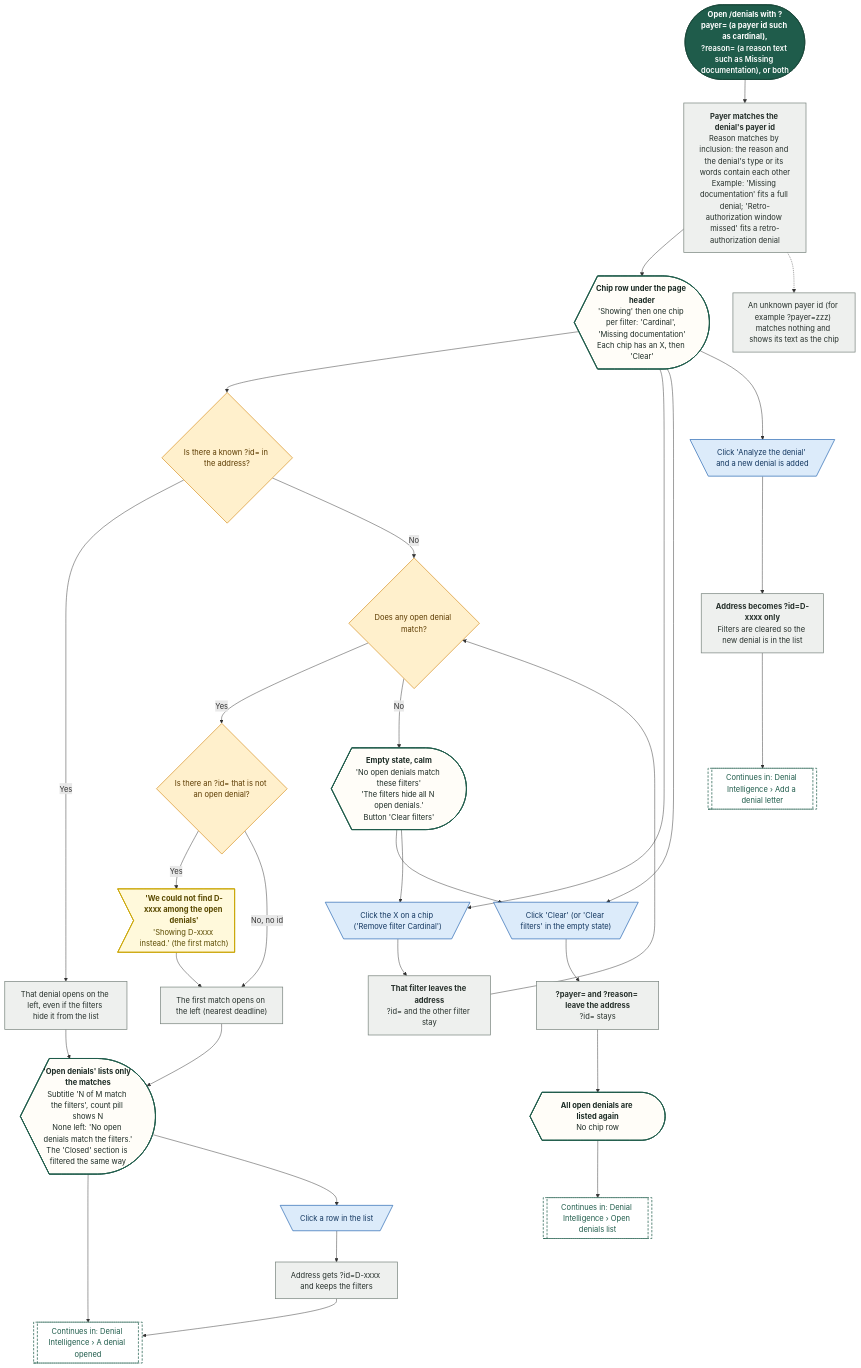
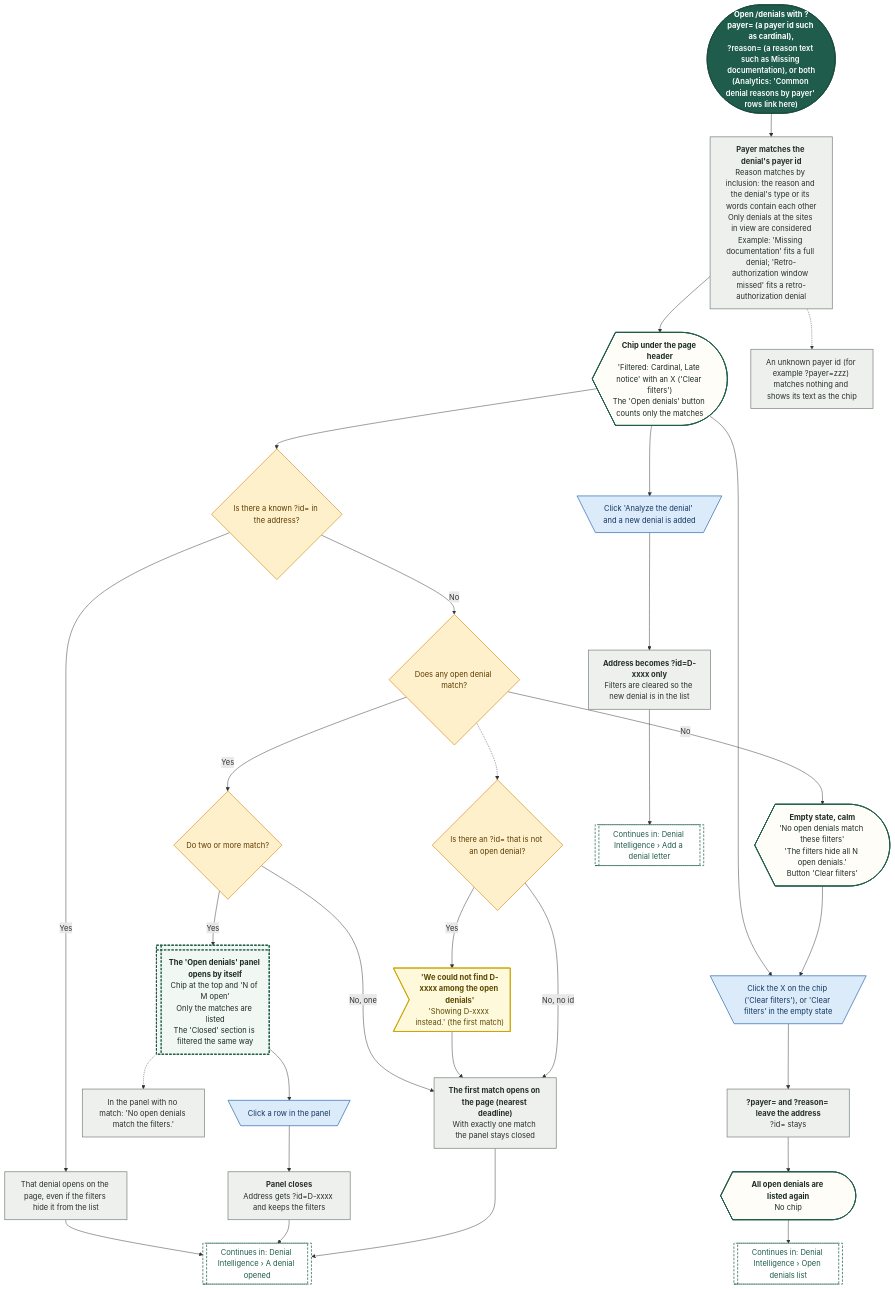
The eighth of 28 diagrams in demos/prior-auth-demo/workflows/out/md/06-denials.md (Shrav143/psyfloapp), drawn with Mermaid before and after one commit. The commit also changed other lines of this file and 251 other files, not shown here.

First line of the commit message:
docs: rebuild the workflow diagrams (291) for round 4

````diff
--- a/demos/prior-auth-demo/workflows/out/md/06-denials.md
+++ b/demos/prior-auth-demo/workflows/out/md/06-denials.md
@@ -621,67 +643,69 @@
 ```mermaid
 %%{init: {"theme":"base","themeVariables":{"fontFamily":"'DM Sans', 'Segoe UI', system-ui, sans-serif","fontSize":"15px","lineColor":"#5B6B63","primaryTextColor":"#1C2B25","clusterBkg":"#FBF8F3","clusterBorder":"#D9CDBB","edgeLabelBackground":"#FFFFFF"},"flowchart":{"curve":"basis","nodeSpacing":36,"rankSpacing":48,"padding":12,"htmlLabels":true,"useMaxWidth":false,"wrappingWidth":230}} }%%
 flowchart TD
   classDef k_start fill:#1F5C4B,stroke:#174638,color:#FFFFFF,stroke-width:1.5px,font-weight:600
   classDef k_end fill:#DDEFE3,stroke:#2E7D4F,color:#14502F,stroke-width:1.5px,font-weight:600
   classDef k_endx fill:#FBE3E0,stroke:#C0392B,color:#7A1F16,stroke-width:1.5px,font-weight:600
   classDef k_screen fill:#FFFDF8,stroke:#1F5C4B,color:#1C2B25,stroke-width:2px
   classDef k_overlay fill:#F1F7F3,stroke:#1F5C4B,color:#1C2B25,stroke-width:2px,stroke-dasharray:5 3
   classDef k_click fill:#DCEBFA,stroke:#2F6DB5,color:#12365F,stroke-width:1.5px
   classDef k_input fill:#E4E7FF,stroke:#4C5FD5,color:#1D2670,stroke-width:1.5px
   classDef k_process fill:#EEF0EE,stroke:#7A857F,color:#26302B,stroke-width:1.5px
   classDef k_agent fill:#EEE5FA,stroke:#7A4FC2,color:#341A63,stroke-width:1.5px
   classDef k_decision fill:#FFF0CC,stroke:#D9962B,color:#5C3B00,stroke-width:1.5px
   classDef k_store fill:#D5F0EA,stroke:#1C8E7B,color:#0B4A3F,stroke-width:1.5px
   classDef k_doc fill:#F6E9DC,stroke:#B07A4C,color:#4A2E14,stroke-width:1.5px
   classDef k_ext fill:#FFE6D2,stroke:#E07B39,color:#6B2F06,stroke-width:1.5px
   classDef k_wait fill:#E4E8EE,stroke:#6B7C93,color:#26303D,stroke-width:1.5px
   classDef k_toast fill:#FFF9DB,stroke:#C9A400,color:#5A4A00,stroke-width:1.5px
   classDef k_goto fill:#FFFFFF,stroke:#1F5C4B,color:#1F5C4B,stroke-width:1.5px,stroke-dasharray:5 3
-  s1@{ shape: stadium, label: "<b>Open /denials with ?payer= (a payer id such as cardinal),</b><br/>?reason= (a reason text such as Missing documentation), or both" }
-  p1@{ shape: rect, label: "<b>Payer matches the denial's payer id</b><br/>Reason matches by inclusion: the reason and the denial's type or its words contain each other<br/>Example: 'Missing documentation' fits a full denial; 'Retro-authorization window missed' fits a retro-authorization denial" }
-  sc1@{ shape: curv-trap, label: "<b>Chip row under the page header</b><br/>'Showing' then one chip per filter: 'Cardinal', 'Missing documentation'<br/>Each chip has an X, then 'Clear'" }
+  s1@{ shape: stadium, label: "<b>Open /denials with ?payer= (a payer id such as cardinal),</b><br/>?reason= (a reason text such as Missing documentation), or both<br/>(Analytics: 'Common denial reasons by payer' rows link here)" }
+  p1@{ shape: rect, label: "<b>Payer matches the denial's payer id</b><br/>Reason matches by inclusion: the reason and the denial's type or its words contain each other<br/>Only denials at the sites in view are considered<br/>Example: 'Missing documentation' fits a full denial; 'Retro-authorization window missed' fits a retro-authorization denial" }
+  sc1@{ shape: curv-trap, label: "<b>Chip under the page header</b><br/>'Filtered: Cardinal, Late notice' with an X ('Clear filters')<br/>The 'Open denials' button counts only the matches" }
+  d2@{ shape: diam, label: "Is there a known ?id= in the address?" }
+  p2@{ shape: rect, label: "That denial opens on the page, even if the filters hide it from the list" }
   d1@{ shape: diam, label: "Does any open denial match?" }
-  l1@{ shape: curv-trap, label: "<b>'Open denials' lists only the matches</b><br/>Subtitle 'N of M match the filters', count pill shows N<br/>None left: 'No open denials match the filters.'<br/>The 'Closed' section is filtered the same way" }
-  d2@{ shape: diam, label: "Is there a known ?id= in the address?" }
-  p2@{ shape: rect, label: "That denial opens on the left, even if the filters hide it from the list" }
-  p3@{ shape: rect, label: "The first match opens on the left (nearest deadline)" }
+  d4@{ shape: diam, label: "Do two or more match?" }
+  l1@{ shape: win-pane, label: "<b>The 'Open denials' panel opens by itself</b><br/>Chip at the top and 'N of M open'<br/>Only the matches are listed<br/>The 'Closed' section is filtered the same way" }
+  p3@{ shape: rect, label: "<b>The first match opens on the page (nearest deadline)</b><br/>With exactly one match the panel stays closed" }
   d3@{ shape: diam, label: "Is there an ?id= that is not an open denial?" }
   t1@{ shape: odd, label: "<b>'We could not find D-xxxx among the open denials'</b><br/>'Showing D-xxxx instead.' (the first match)" }
   e0@{ shape: curv-trap, label: "<b>Empty state, calm</b><br/>'No open denials match these filters'<br/>'The filters hide all N open denials.'<br/>Button 'Clear filters'" }
-  c1@{ shape: trap-t, label: "Click a row in the list" }
-  p4@{ shape: rect, label: "Address gets ?id=D-xxxx and keeps the filters" }
-  c2@{ shape: trap-t, label: "Click the X on a chip ('Remove filter Cardinal')" }
-  p5@{ shape: rect, label: "<b>That filter leaves the address</b><br/>?id= and the other filter stay" }
-  c3@{ shape: trap-t, label: "Click 'Clear' (or 'Clear filters' in the empty state)" }
+  pe@{ shape: rect, label: "In the panel with no match: 'No open denials match the filters.'" }
+  c1@{ shape: trap-t, label: "Click a row in the panel" }
+  p4@{ shape: rect, label: "<b>Panel closes</b><br/>Address gets ?id=D-xxxx and keeps the filters" }
+  c3@{ shape: trap-t, label: "Click the X on the chip ('Clear filters'), or 'Clear filters' in the empty state" }
   p6@{ shape: rect, label: "<b>?payer= and ?reason= leave the address</b><br/>?id= stays" }
-  sc2@{ shape: curv-trap, label: "<b>All open denials are listed again</b><br/>No chip row" }
+  sc2@{ shape: curv-trap, label: "<b>All open denials are listed again</b><br/>No chip" }
   c4@{ shape: trap-t, label: "Click 'Analyze the denial' and a new denial is added" }
   p7@{ shape: rect, label: "<b>Address becomes ?id=D-xxxx only</b><br/>Filters are cleared so the new denial is in the list" }
   g1@{ shape: subproc, label: "Continues in: Denial Intelligence › Open denials list" }
   g2@{ shape: subproc, label: "Continues in: Denial Intelligence › A denial opened" }
   g3@{ shape: subproc, label: "Continues in: Denial Intelligence › Add a denial letter" }
   p8@{ shape: rect, label: "An unknown payer id (for example ?payer=zzz) matches nothing and shows its text as the chip" }
   s1 --> p1 --> sc1 --> d2
-  d2 -->|"Yes"| p2 --> l1
-  l1 --> g2
+  d2 -->|"Yes"| p2 --> g2
   d2 -->|"No"| d1
-  d1 -->|"Yes"| d3
+  d1 -->|"Yes"| d4
+  d4 -->|"Yes"| l1
+  d4 -->|"No, one"| p3
+  d1 -->|"No"| e0
+  d1 -.-> d3
   d3 -->|"Yes"| t1 --> p3
   d3 -->|"No, no id"| p3
-  p3 --> l1
-  d1 -->|"No"| e0
   l1 --> c1 --> p4 --> g2
-  sc1 --> c2 --> p5 --> d1
+  l1 -.-> pe
+  p3 --> g2
   sc1 --> c3 --> p6 --> sc2 --> g1
   e0 --> c3
-  e0 --> c2
   sc1 --> c4 --> p7 --> g3
   p1 -.-> p8
   class s1 k_start
-  class p1,p2,p3,p4,p5,p6,p7,p8 k_process
-  class sc1,l1,e0,sc2 k_screen
-  class d1,d2,d3 k_decision
+  class p1,p2,p3,pe,p4,p6,p7,p8 k_process
+  class sc1,e0,sc2 k_screen
+  class d2,d1,d4,d3 k_decision
+  class l1 k_overlay
   class t1 k_toast
-  class c1,c2,c3,c4 k_click
+  class c1,c3,c4 k_click
   class g1,g2,g3 k_goto
 ```
````
